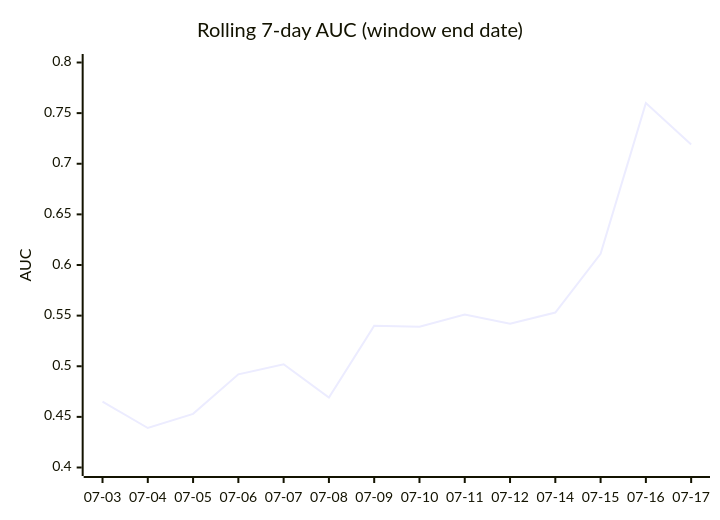
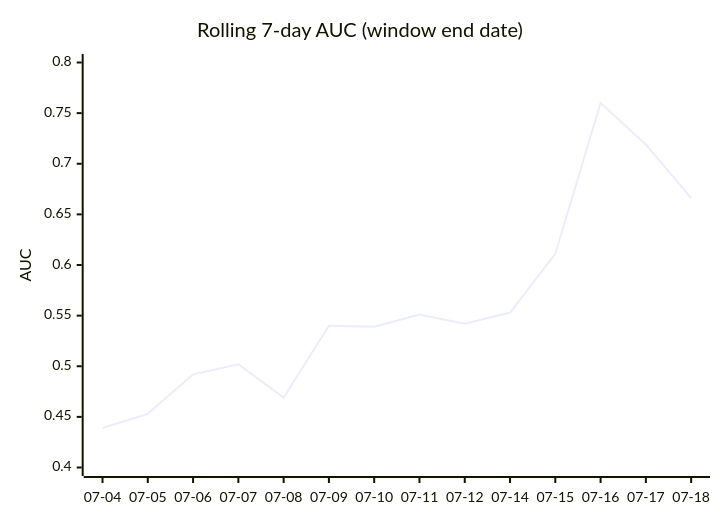
One commit to dpk1212/nhl-savant changed the third of 4 diagrams in DAILY_AGSU_REPORT.md. Above: the diagram before and after it, drawn with Mermaid. The commit also changed other lines of this file, not shown here.

````diff
--- a/DAILY_AGSU_REPORT.md
+++ b/DAILY_AGSU_REPORT.md
@@ -539,7 +553,7 @@
 ```mermaid
 xychart-beta
     title "Rolling 7-day AUC (window end date)"
-    x-axis ["07-03", "07-04", "07-05", "07-06", "07-07", "07-08", "07-09", "07-10", "07-11", "07-12", "07-14", "07-15", "07-16", "07-17"]
+    x-axis ["07-04", "07-05", "07-06", "07-07", "07-08", "07-09", "07-10", "07-11", "07-12", "07-14", "07-15", "07-16", "07-17", "07-18"]
     y-axis "AUC" 0.4 --> 0.8
-    line [0.465, 0.439, 0.453, 0.492, 0.502, 0.469, 0.54, 0.539, 0.551, 0.542, 0.553, 0.611, 0.76, 0.719]
+    line [0.439, 0.453, 0.492, 0.502, 0.469, 0.54, 0.539, 0.551, 0.542, 0.553, 0.611, 0.76, 0.719, 0.666]
 ```
````
